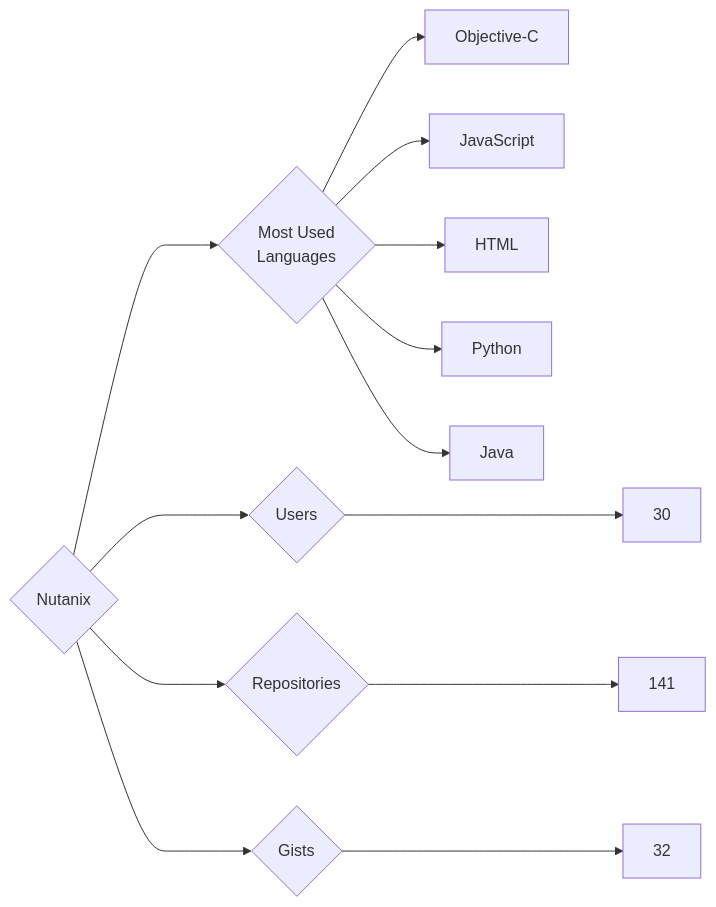
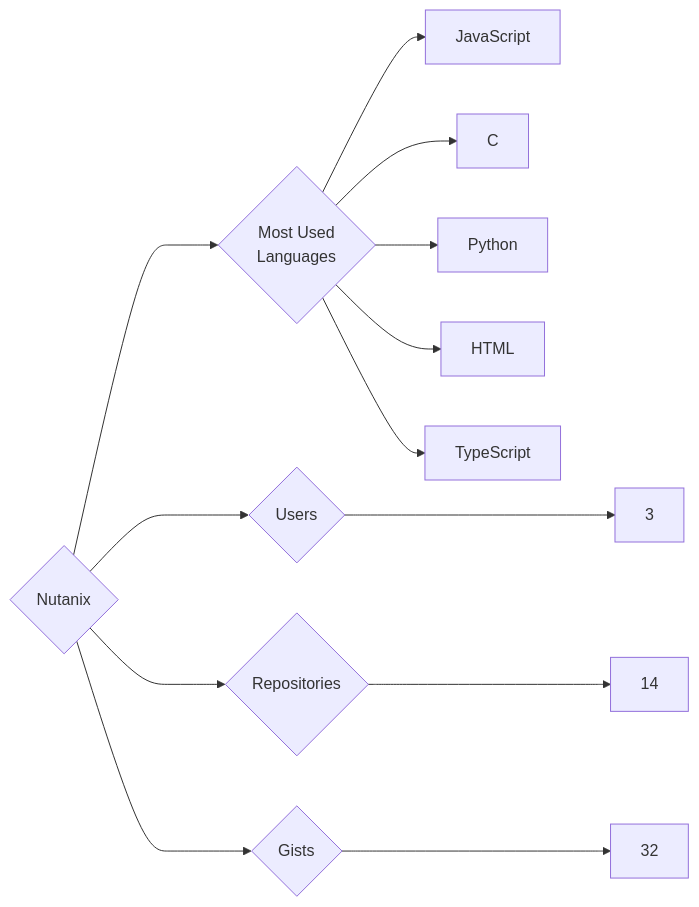
The diagram in targets/Nutanix/README.md (trickest/insiders), drawn with Mermaid before and after one commit. The commit also changed 770 other files, not shown here.

````diff
--- a/targets/Nutanix/README.md
+++ b/targets/Nutanix/README.md
@@ -3,13 +3,13 @@
 ```mermaid
 graph LR
 COMPANY_NAME{Nutanix}
-COMPANY_NAME ---> U{Users} ---> UN[30]
-COMPANY_NAME ---> R{Repositories} ---> RN[141]
+COMPANY_NAME ---> U{Users} ---> UN[3]
+COMPANY_NAME ---> R{Repositories} ---> RN[14]
 COMPANY_NAME ---> G{Gists} ---> GN[32]
 COMPANY_NAME ---> ML{Most Used<br>Languages}
-ML --> Objective-C[Objective-C]
 ML --> JavaScript[JavaScript]
+ML --> C[C]
+ML --> Python[Python]
 ML --> HTML[HTML]
-ML --> Python[Python]
-ML --> Java[Java]
+ML --> TypeScript[TypeScript]
 ```
````
